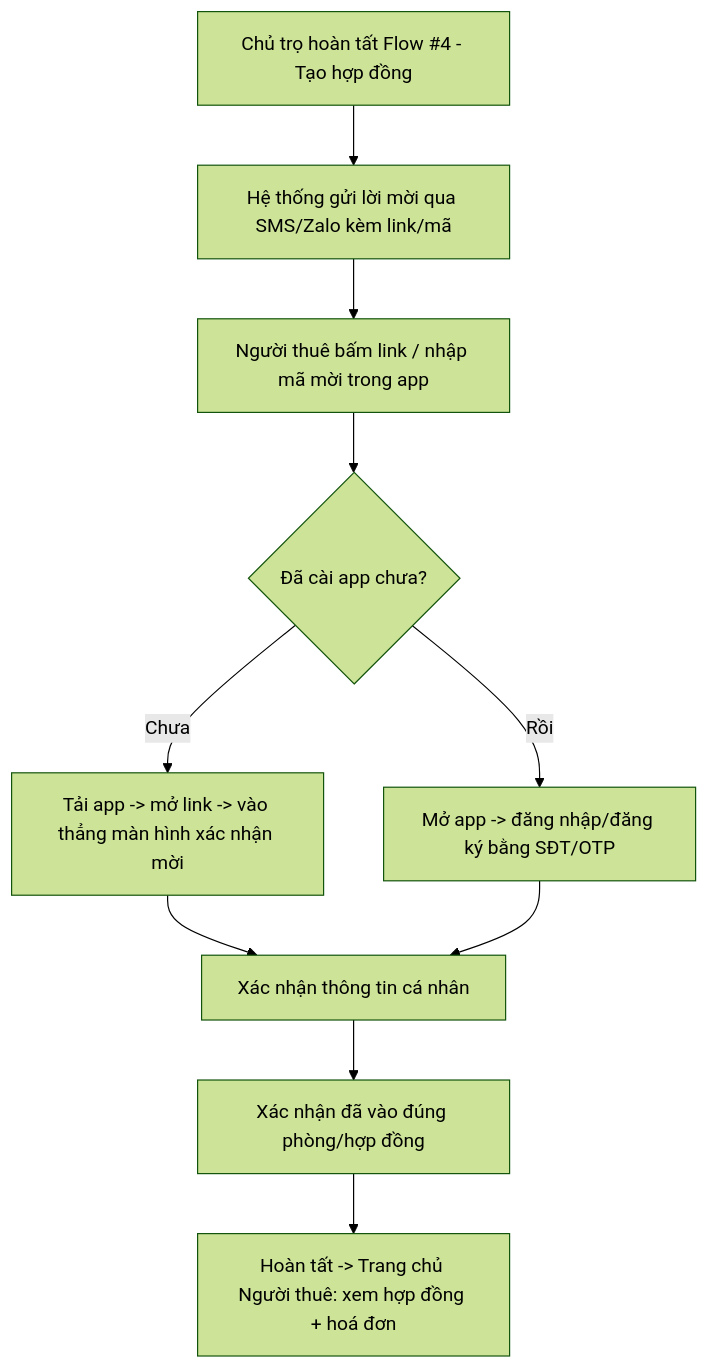
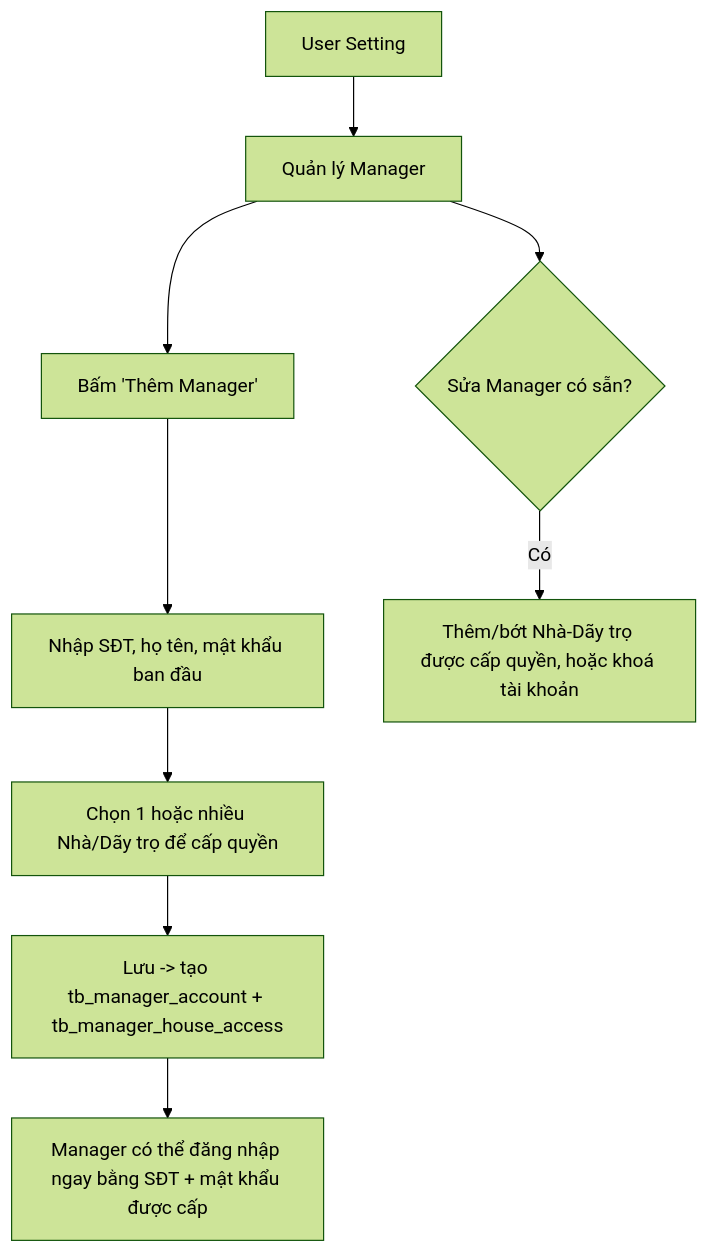
Before and after one commit to townsoft-dev/biztown-rent: the second of 10 diagrams in docs/USER-FLOWS.md, drawn with Mermaid (forest theme). The commit also changed other lines of this file and 3 other files, not shown here.

Commit message:
chỉnh sửa decicions.md, business-rules.md, product-overview.md, user-flows.md version 2, thu gọn phạm vi phase 1

````diff
--- a/docs/USER-FLOWS.md
+++ b/docs/USER-FLOWS.md
@@ -49,12 +49,11 @@
 ```mermaid
 flowchart TD
-    A[Chủ trọ hoàn tất Flow #4 - Tạo hợp đồng] --> B[Hệ thống gửi lời mời qua SMS/Zalo kèm link/mã]
-    B --> C[Người thuê bấm link / nhập mã mời trong app]
-    C --> D{Đã cài app chưa?}
-    D -- Chưa --> E[Tải app -> mở link -> vào thẳng màn hình xác nhận mời]
-    D -- Rồi --> F[Mở app -> đăng nhập/đăng ký bằng SĐT/OTP]
-    E --> G[Xác nhận thông tin cá nhân]
-    F --> G
-    G --> H[Xác nhận đã vào đúng phòng/hợp đồng]
-    H --> I[Hoàn tất -> Trang chủ Người thuê: xem hợp đồng + hoá đơn]
+    A[User Setting] --> B[Quản lý Manager]
+    B --> C[Bấm 'Thêm Manager']
+    C --> D[Nhập SĐT, họ tên, mật khẩu ban đầu]
+    D --> E[Chọn 1 hoặc nhiều Nhà/Dãy trọ để cấp quyền]
+    E --> F[Lưu -> tạo tb_manager_account + tb_manager_house_access]
+    F --> G[Manager có thể đăng nhập ngay bằng SĐT + mật khẩu được cấp]
+    B --> H{Sửa Manager có sẵn?}
+    H -- Có --> I[Thêm/bớt Nhà-Dãy trọ được cấp quyền, hoặc khoá tài khoản]
 ```
````
